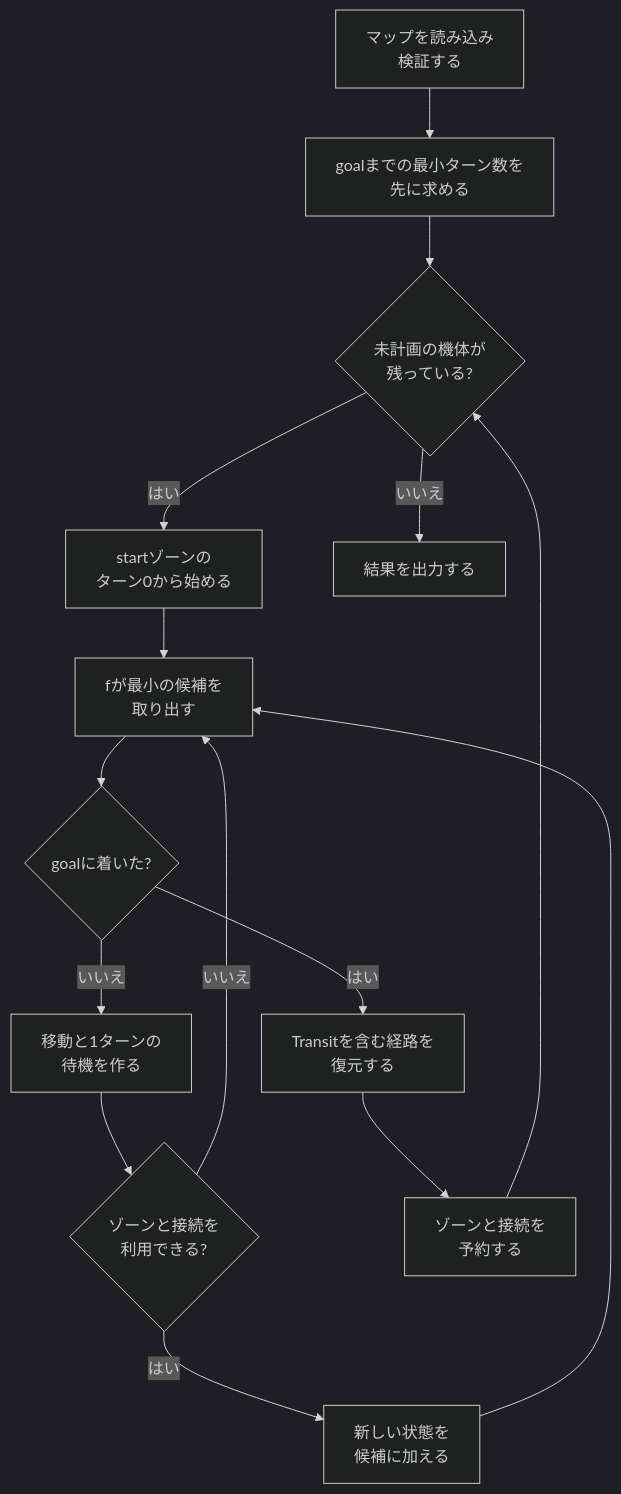
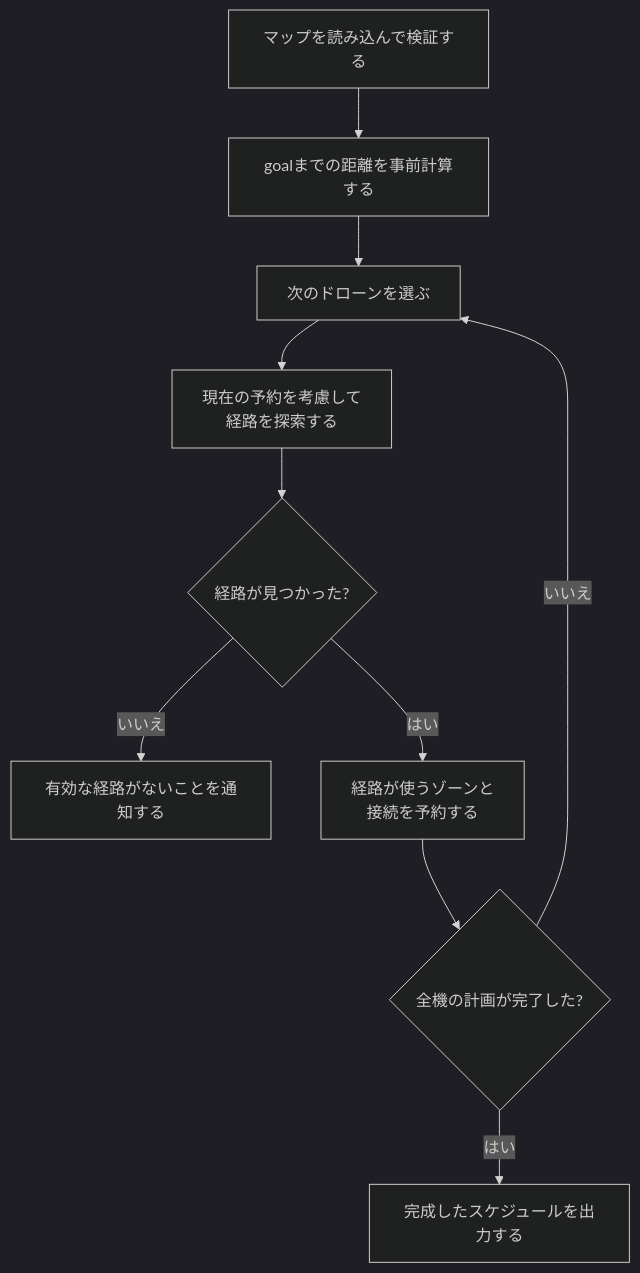
Before and after one commit to tsito2602/42cursus-fly_in: the second of 2 diagrams in README.md, drawn with Mermaid (dark theme). The commit also changed other lines of this file and 1 other file, not shown here.

```diff
--- a/README.md
+++ b/README.md
@@ -547,17 +546,12 @@
 ~~~mermaid
 flowchart TD
-    A["マップを読み込み<br/>検証する"] --> B["goalまでの最小ターン数を<br/>先に求める"]
-    B --> C{"未計画の機体が<br/>残っている?"}
-    C -- はい --> D["startゾーンの<br/>ターン0から始める"]
-    D --> E["fが最小の候補を<br/>取り出す"]
-    E --> F{"goalに着いた?"}
-    F -- いいえ --> G["移動と1ターンの<br/>待機を作る"]
-    G --> H{"ゾーンと接続を<br/>利用できる?"}
-    H -- いいえ --> E
-    H -- はい --> I["新しい状態を<br/>候補に加える"]
-    I --> E
-    F -- はい --> J["Transitを含む経路を<br/>復元する"]
-    J --> K["ゾーンと接続を<br/>予約する"]
-    K --> C
-    C -- いいえ --> L["結果を出力する"]
+    A["マップを読み込んで検証する"] --> B["goalまでの距離を事前計算する"]
+    B --> C["次のドローンを選ぶ"]
+    C --> D["現在の予約を考慮して<br/>経路を探索する"]
+    D --> E{"経路が見つかった?"}
+    E -- いいえ --> F["有効な経路がないことを通知する"]
+    E -- はい --> G["経路が使うゾーンと<br/>接続を予約する"]
+    G --> H{"全機の計画が完了した?"}
+    H -- いいえ --> C
+    H -- はい --> I["完成したスケジュールを出力する"]
 ~~~
```
